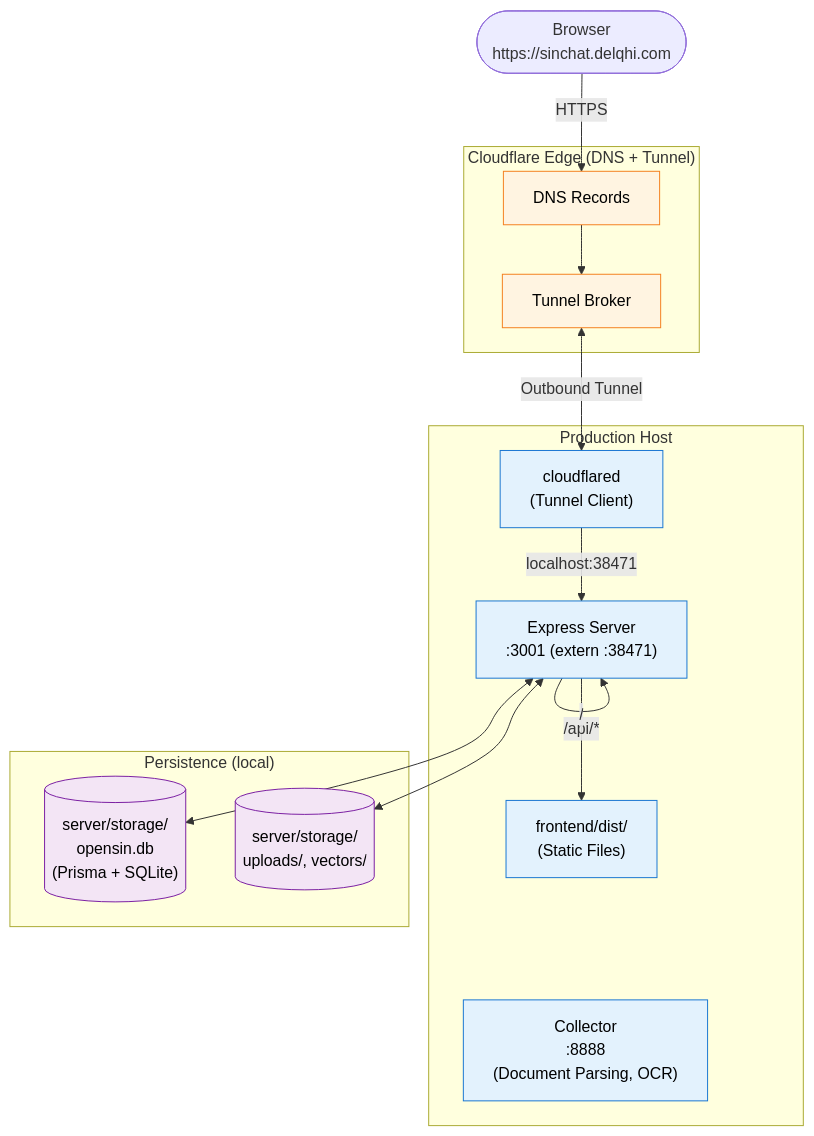
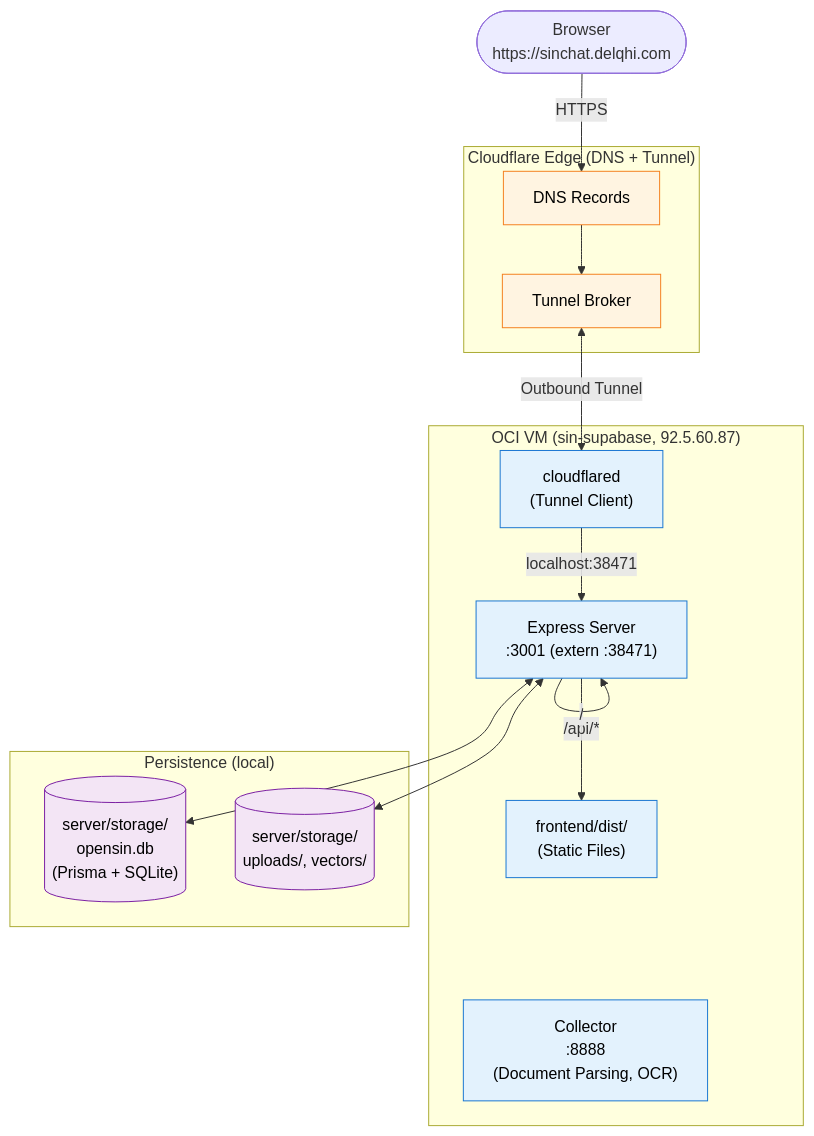
One commit to OpenSIN-AI/OpenSIN-Chat changed the diagram in README.md. Above: the diagram before and after it, drawn with Mermaid. The commit also changed other lines of this file, not shown here.

First line of the commit message:
docs: fix README — docker-opensin path, OCI VM host, repo structure

````diff
--- a/README.md
+++ b/README.md
@@ -82,37 +82,37 @@
 ```mermaid
 flowchart TB
     User(["Browser<br/>https://sinchat.delqhi.com"])
 
     subgraph Cloudflare["Cloudflare Edge (DNS + Tunnel)"]
         DNS["DNS Records"]
         Tunnel["Tunnel Broker"]
     end
 
-    subgraph Host["Production Host"]
+    subgraph Host["OCI VM (sin-supabase, 92.5.60.87)"]
         Cloudflared["cloudflared<br/>(Tunnel Client)"]
         Express["Express Server<br/>:3001 (extern :38471)"]
         Collector["Collector<br/>:8888<br/>(Document Parsing, OCR)"]
         Frontend["frontend/dist/<br/>(Static Files)"]
     end
 
     subgraph Data["Persistence (local)"]
         SQLite[("server/storage/<br/>opensin.db<br/>(Prisma + SQLite)")]
         Files[("server/storage/<br/>uploads/, vectors/")]
     end
 
     User -->|HTTPS| DNS
     DNS --> Tunnel
     Tunnel <-->|Outbound Tunnel| Cloudflared
     Cloudflared -->|localhost:38471| Express
     Express -->|"/api/*"| Express
     Express -->|"/"| Frontend
     Express <--> SQLite
     Express <--> Files
 
     classDef cloud fill:#fff4e1,stroke:#f48120,color:#000
     classDef mac fill:#e3f2fd,stroke:#1976d2,color:#000
     classDef data fill:#f3e5f5,stroke:#7b1fa2,color:#000
     class DNS,Tunnel cloud
     class Cloudflared,Express,Collector,Frontend mac
     class SQLite,Files data
 ```
````
